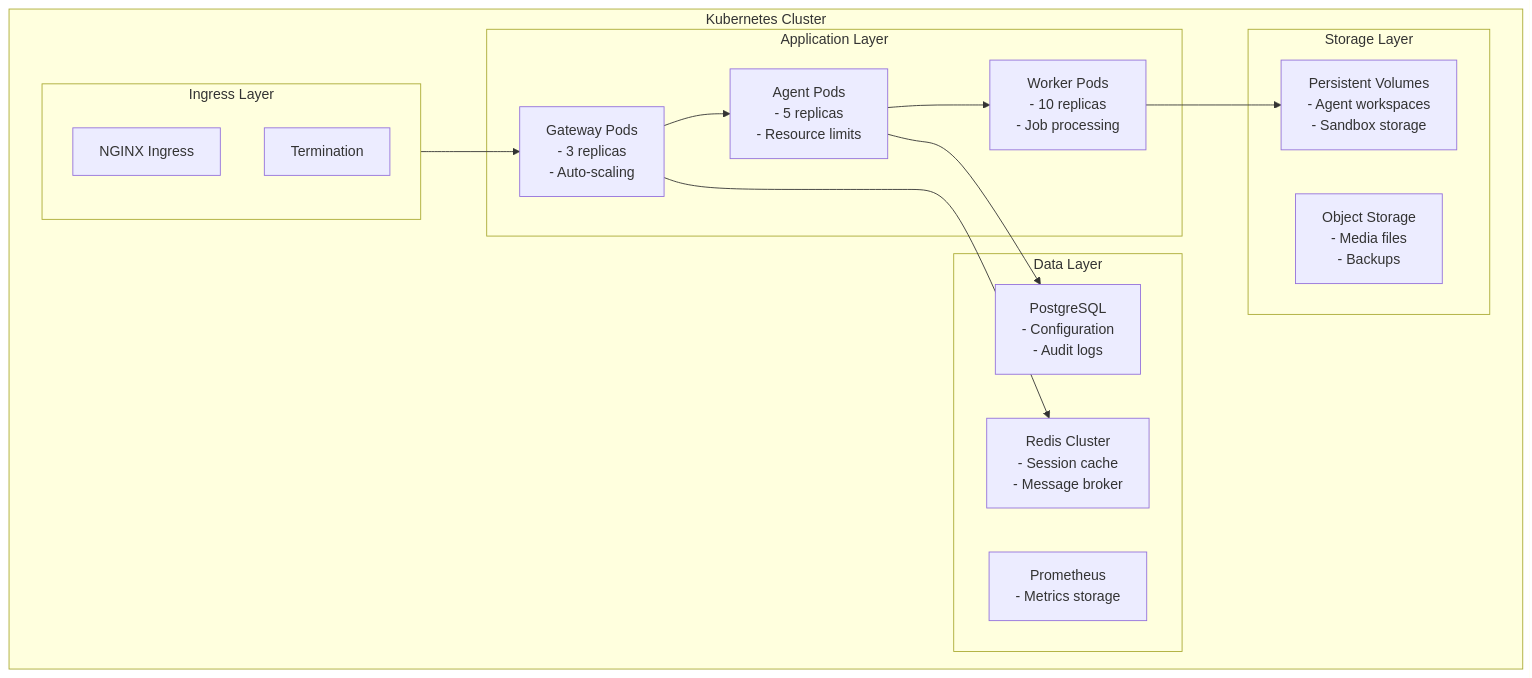
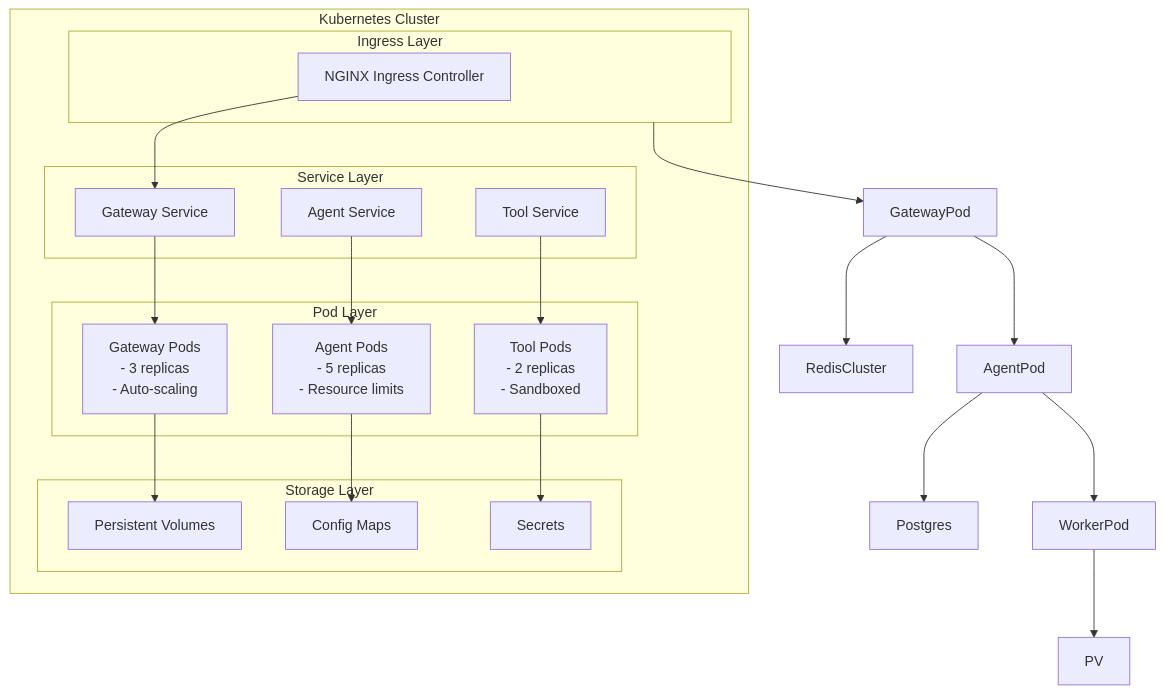
Diagram 22 of 26 in REFERENCE_ARCHITECTURE_TEMPLATE.md (msellamiTN/openclaw), drawn with Mermaid before and after one commit. The commit also changed other lines of this file, not shown here.

````diff
--- a/REFERENCE_ARCHITECTURE_TEMPLATE.md
+++ b/REFERENCE_ARCHITECTURE_TEMPLATE.md
@@ -3313,33 +4392,42 @@
 ```mermaid
-flowchart TB
+flowchart TD
     subgraph Kubernetes["Kubernetes Cluster"]
         subgraph Ingress["Ingress Layer"]
-            IngressController[NGINX Ingress]
-            TLS[Termination]
+            IngressController[NGINX Ingress Controller]
         end
         
-        subgraph AppLayer["Application Layer"]
-            GatewayPod[Gateway Pods<br/>- 3 replicas<br/>- Auto-scaling]
-            AgentPod[Agent Pods<br/>- 5 replicas<br/>- Resource limits]
-            WorkerPod[Worker Pods<br/>- 10 replicas<br/>- Job processing]
+        subgraph Services["Service Layer"]
+            GatewayService[Gateway Service]
+            AgentService[Agent Service]
+            ToolService[Tool Service]
         end
         
-        subgraph DataLayer["Data Layer"]
-            RedisCluster[Redis Cluster<br/>- Session cache<br/>- Message broker]
-            Postgres[PostgreSQL<br/>- Configuration<br/>- Audit logs]
-            Prometheus[Prometheus<br/>- Metrics storage]
+        subgraph Pods["Pod Layer"]
+            GatewayPods[Gateway Pods<br/>- 3 replicas<br/>- Auto-scaling]
+            AgentPods[Agent Pods<br/>- 5 replicas<br/>- Resource limits]
+            ToolPods[Tool Pods<br/>- 2 replicas<br/>- Sandboxed]
         end
         
         subgraph Storage["Storage Layer"]
-            PV[Persistent Volumes<br/>- Agent workspaces<br/>- Sandbox storage]
-            ObjectStorage[Object Storage<br/>- Media files<br/>- Backups]
+            PVC[Persistent Volumes]
+            ConfigMaps[Config Maps]
+            Secrets[Secrets]
         end
     end
     
+    IngressController --> GatewayService
+    GatewayService --> GatewayPods
+    
+    AgentService --> AgentPods
+    ToolService --> ToolPods
+    
+    GatewayPods --> PVC
+    AgentPods --> ConfigMaps
+    ToolPods --> Secrets
     Ingress --> GatewayPod
     GatewayPod --> AgentPod
     AgentPod --> WorkerPod
     GatewayPod --> RedisCluster
     AgentPod --> Postgres
     WorkerPod --> PV
 ```
````
